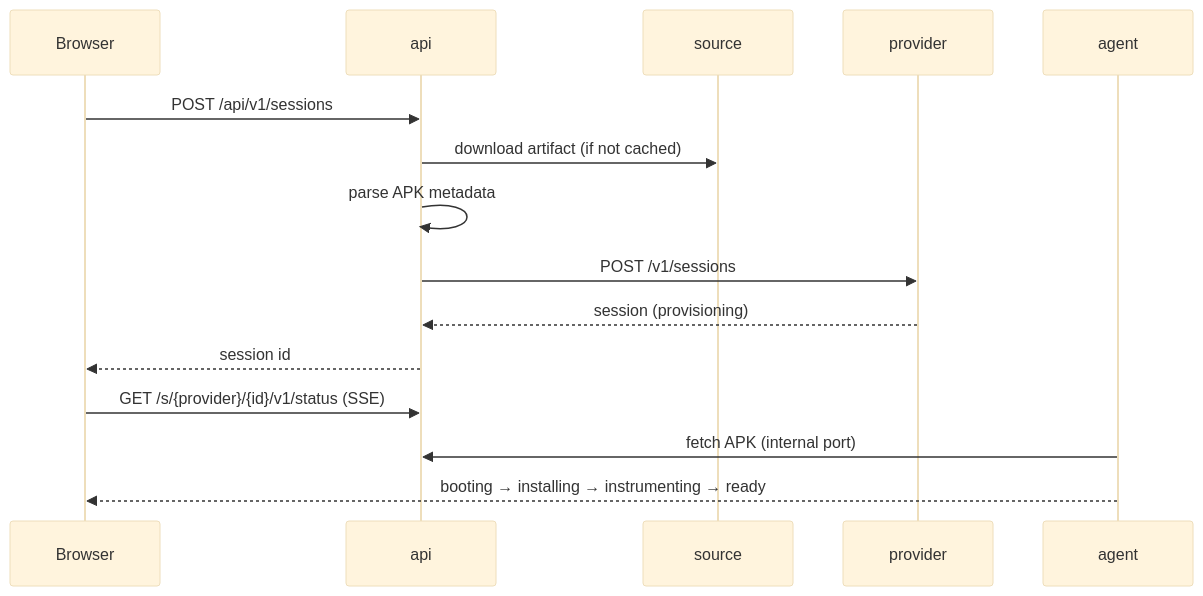
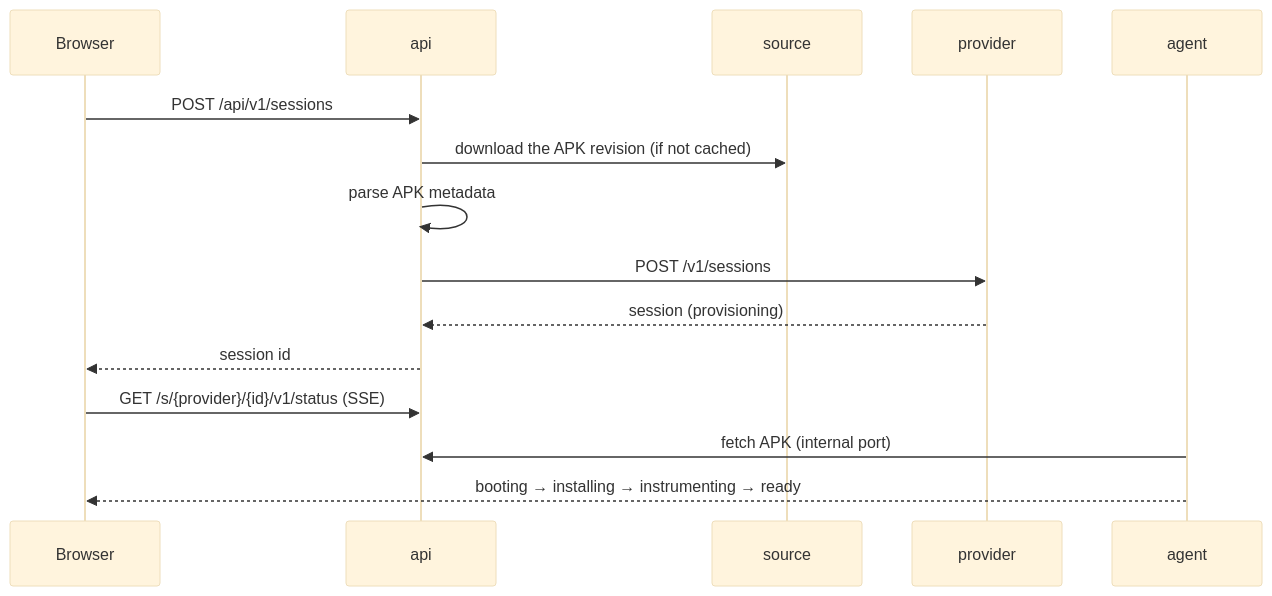
The second of 2 diagrams in docs/src/content/docs/concepts/architecture.md (holtdroid/holtdroid), drawn with Mermaid (base theme) before and after one commit. The commit also changed other lines of this file and 55 other files, not shown here.

````diff
--- a/docs/src/content/docs/concepts/architecture.md
+++ b/docs/src/content/docs/concepts/architecture.md
@@ -71,18 +70,18 @@
 ```mermaid
 sequenceDiagram
   participant B as Browser
   participant A as api
   participant S as source
   participant P as provider
   participant G as agent
 
   B->>A: POST /api/v1/sessions
-  A->>S: download artifact (if not cached)
+  A->>S: download the APK revision (if not cached)
   A->>A: parse APK metadata
   A->>P: POST /v1/sessions
   P-->>A: session (provisioning)
   A-->>B: session id
   B->>A: GET /s/{provider}/{id}/v1/status (SSE)
   G->>A: fetch APK (internal port)
   G-->>B: booting → installing → instrumenting → ready
 ```
````
